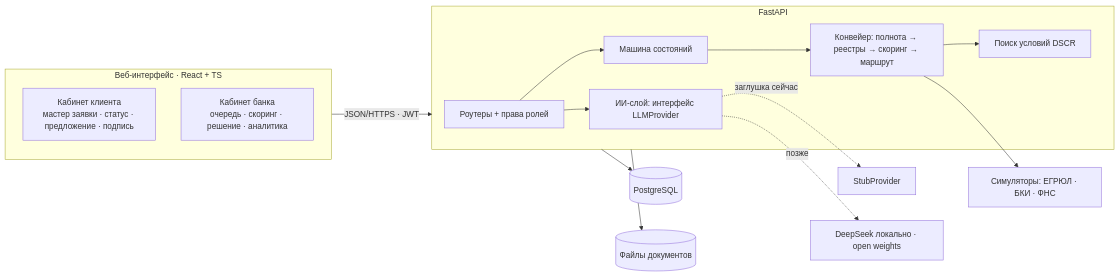
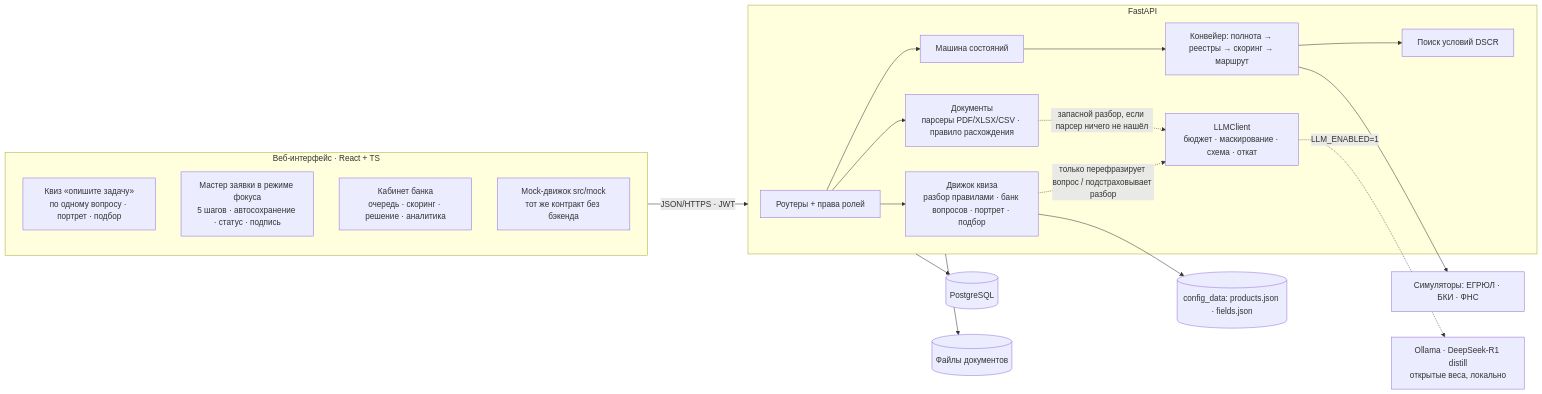
Before and after one commit to Ryt1nger/creditfy: the diagram in docs/architecture.md, drawn with Mermaid. The commit also changed other lines of this file and 11 other files, not shown here.

````diff
--- a/docs/architecture.md
+++ b/docs/architecture.md
@@ -3,22 +3,29 @@
 ```mermaid
 flowchart LR
     subgraph Browser[Веб-интерфейс · React + TS]
-      C[Кабинет клиента<br/>мастер заявки · статус · предложение · подпись]
+      Q[Квиз «опишите задачу»<br/>по одному вопросу · портрет · подбор]
+      C[Мастер заявки в режиме фокуса<br/>5 шагов · автосохранение · статус · подпись]
       B[Кабинет банка<br/>очередь · скоринг · решение · аналитика]
+      MK[Mock-движок src/mock<br/>тот же контракт без бэкенда]
     end
     Browser -- JSON/HTTPS · JWT --> API
     subgraph API[FastAPI]
       R[Роутеры + права ролей]
+      IN[Движок квиза<br/>разбор правилами · банк вопросов · портрет · подбор]
+      DOC[Документы<br/>парсеры PDF/XLSX/CSV · правило расхождения]
       W[Машина состояний]
       P[Конвейер: полнота → реестры → скоринг → маршрут]
       O[Поиск условий DSCR]
-      AI[ИИ-слой: интерфейс LLMProvider]
+      LLM[LLMClient<br/>бюджет · маскирование · схема · откат]
     end
+    R --> IN
+    R --> DOC
     R --> W --> P --> O
     P --> SIM[Симуляторы: ЕГРЮЛ · БКИ · ФНС]
-    R --> AI
-    AI -.заглушка сейчас.-> STUB[StubProvider]
-    AI -.позже.-> DS[DeepSeek локально · open weights]
+    IN -. "только перефразирует вопрос / подстраховывает разбор" .-> LLM
+    DOC -. "запасной разбор, если парсер ничего не нашёл" .-> LLM
+    LLM -. "LLM_ENABLED=1" .-> OLL[Ollama · DeepSeek-R1 distill<br/>открытые веса, локально]
+    IN --> CFG[(config_data: products.json · fields.json)]
     API --> PG[(PostgreSQL)]
     API --> FS[(Файлы документов)]
 ```
````
